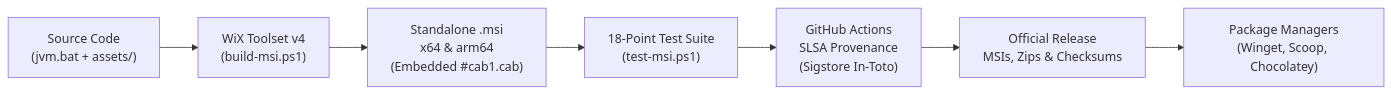
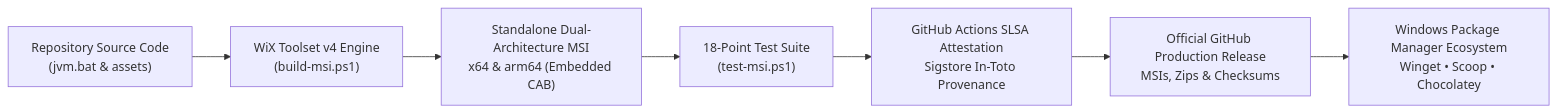
Before and after one commit to DiamTek/Java-Version-Manager-Windows: the third of 3 diagrams in docs/ARCHITECTURE.md, drawn with Mermaid. The commit also changed other lines of this file and 1 other file, not shown here.

First line of the commit message:
docs(architecture): fix Mermaid SVG text clipping across all architecture diagrams and bump build to 20260909.77

````diff
--- a/docs/ARCHITECTURE.md
+++ b/docs/ARCHITECTURE.md
@@ -111,9 +111,9 @@
 ```mermaid
 graph LR
-    Source["Source Code<br/>(jvm.bat + assets/)"] --> WixBuild["WiX Toolset v4<br/>(build-msi.ps1)"]
-    WixBuild --> OutputMSI["Standalone .msi<br/>x64 & arm64<br/>(Embedded #cab1.cab)"]
+    Source["Repository Source Code<br/>(jvm.bat & assets)"] --> WixBuild["WiX Toolset v4 Engine<br/>(build-msi.ps1)"]
+    WixBuild --> OutputMSI["Standalone Dual-Architecture MSI<br/>x64 & arm64 (Embedded CAB)"]
     OutputMSI --> TestSuite["18-Point Test Suite<br/>(test-msi.ps1)"]
-    TestSuite --> Provenance["GitHub Actions<br/>SLSA Provenance<br/>(Sigstore In-Toto)"]
-    Provenance --> Release["Official Release<br/>MSIs, Zips & Checksums"]
-    Release --> PM["Package Managers<br/>(Winget, Scoop, Chocolatey)"]
+    TestSuite --> Provenance["GitHub Actions SLSA Attestation<br/>Sigstore In-Toto Provenance"]
+    Provenance --> Release["Official GitHub Production Release<br/>MSIs, Zips & Checksums"]
+    Release --> PM["Windows Package Manager Ecosystem<br/>Winget • Scoop • Chocolatey"]
 ```
````
